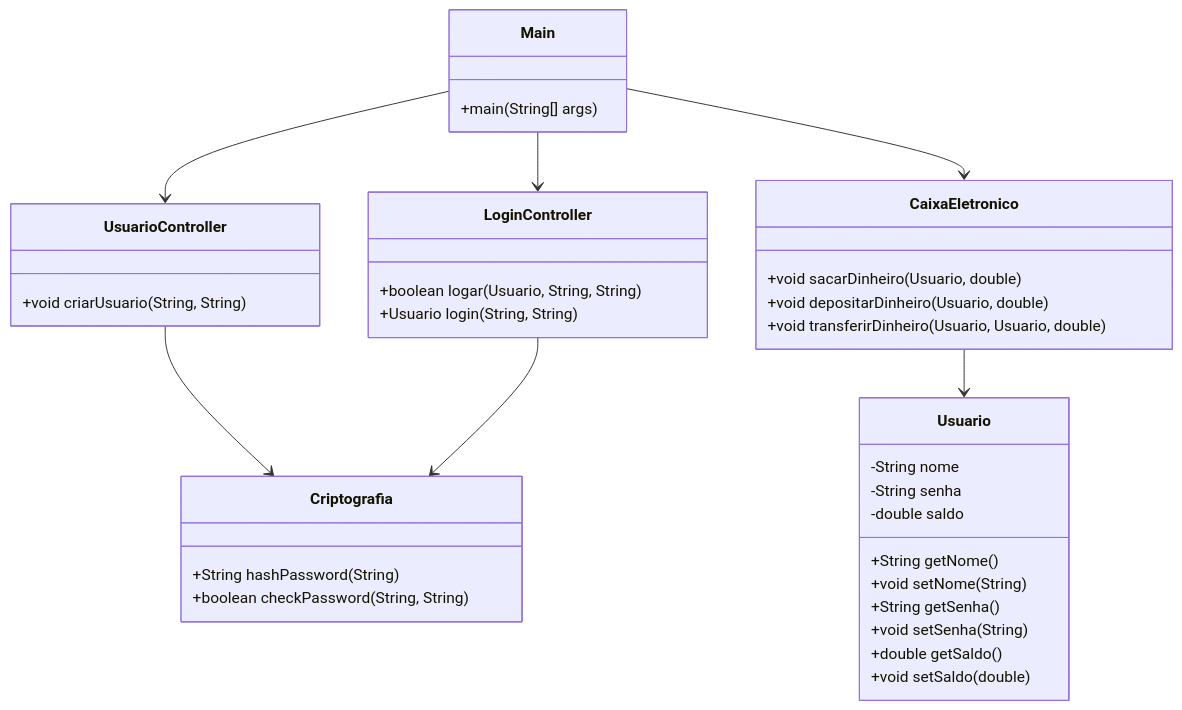
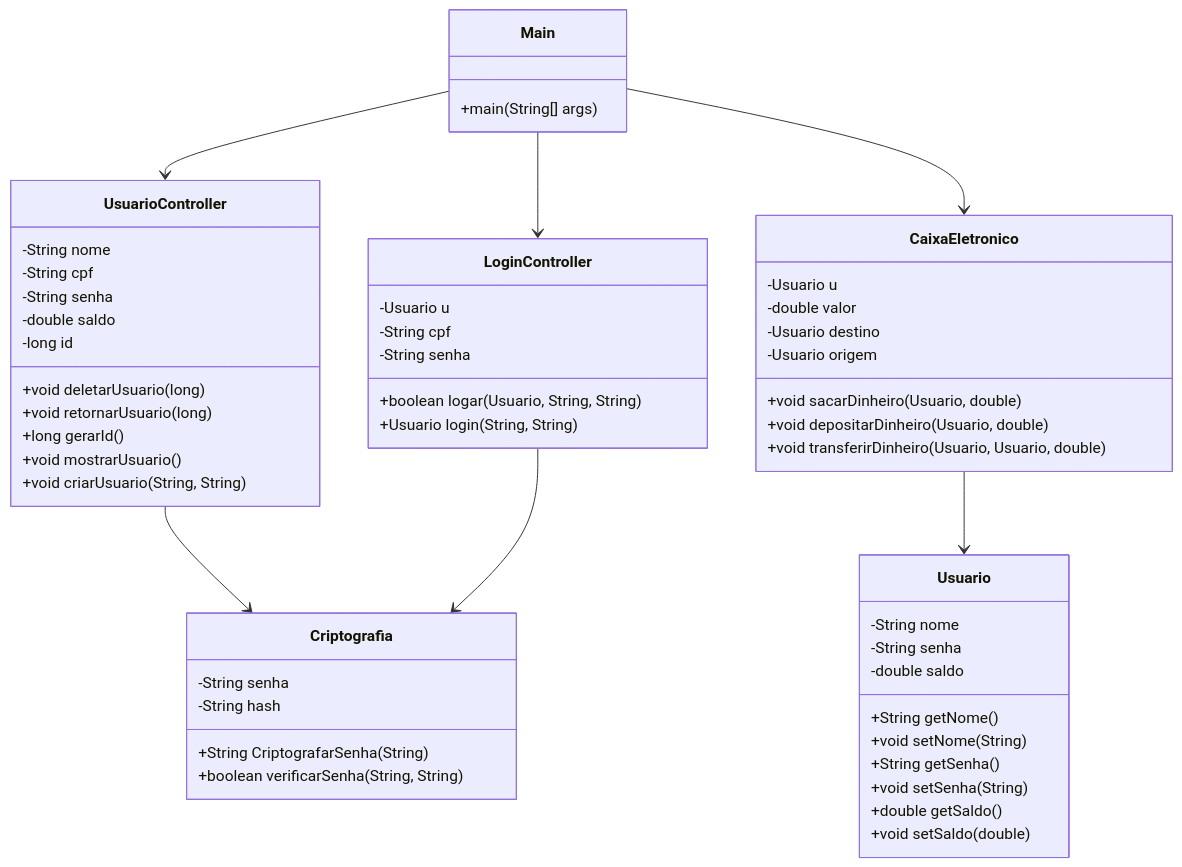
Before and after one commit to GilvanPedro/CaixaEletronico: the diagram in README.md, drawn with Mermaid.

````diff
--- a/README.md
+++ b/README.md
@@ -26,45 +26,63 @@
 ```mermaid
 classDiagram
     class Main {
         +main(String[] args)
     }
 
     class Usuario {
         -String nome
         -String senha
         -double saldo
         +String getNome()
         +void setNome(String)
         +String getSenha()
         +void setSenha(String)
         +double getSaldo()
         +void setSaldo(double)
     }
 
     class CaixaEletronico {
+        -Usuario u
+        -double valor
+        -Usuario destino
+        -Usuario origem
         +void sacarDinheiro(Usuario, double)
         +void depositarDinheiro(Usuario, double)
         +void transferirDinheiro(Usuario, Usuario, double)
     }
 
     class LoginController {
+        -Usuario u
+        -String cpf
+        -String senha
         +boolean logar(Usuario, String, String)
         +Usuario login(String, String)
     }
 
     class UsuarioController {
+        -String nome
+        -String cpf
+        -String senha
+        -double saldo
+        -long id
+        +void deletarUsuario(long)
+        +void retornarUsuario(long)
+        +long gerarId()
+        +void mostrarUsuario()
         +void criarUsuario(String, String)
     }
 
     class Criptografia {
-        +String hashPassword(String)
-        +boolean checkPassword(String, String)
+        -String senha
+        -String hash
+        +String CriptografarSenha(String)
+        +boolean verificarSenha(String, String)
     }
 
     Main --> UsuarioController
     Main --> LoginController
     Main --> CaixaEletronico
     UsuarioController --> Criptografia
     LoginController --> Criptografia
     CaixaEletronico --> Usuario
 ```
````
